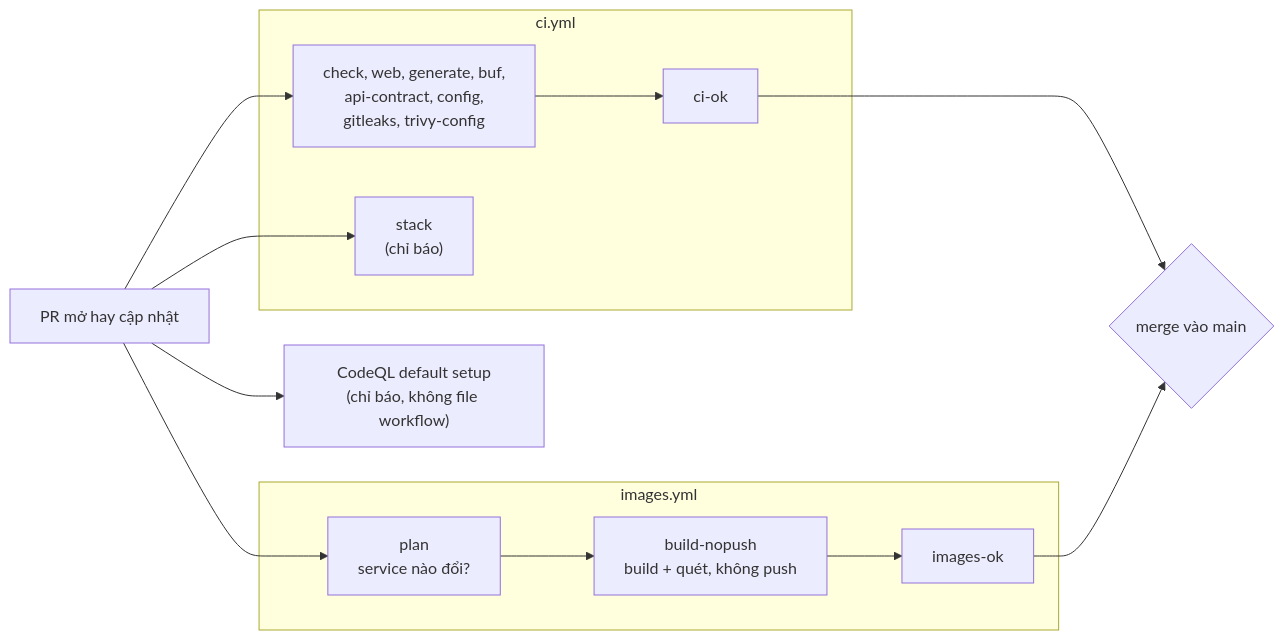
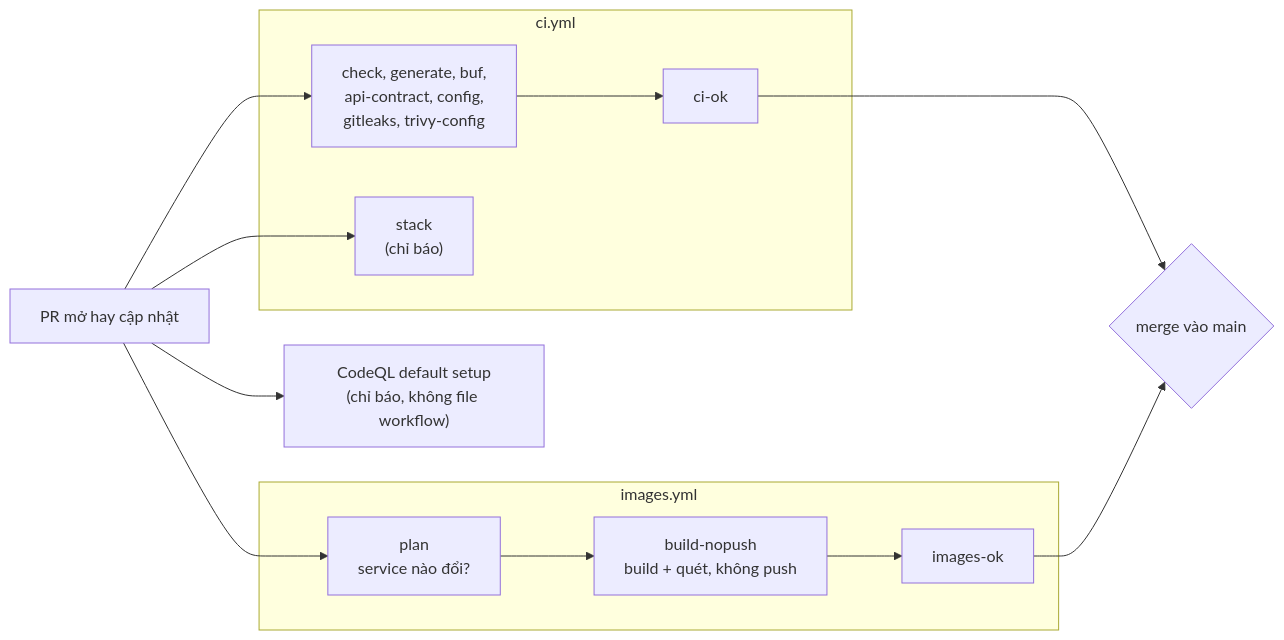
Before and after one commit to anhnvcoder/short-video-platform: the first of 5 diagrams in docs/ci-cd.md, drawn with Mermaid. The commit also changed other lines of this file and 21 other files, not shown here.

````diff
--- a/docs/ci-cd.md
+++ b/docs/ci-cd.md
@@ -34,20 +34,20 @@
 ```mermaid
 flowchart LR
     pr["PR mở hay cập nhật"]
     subgraph ci["ci.yml"]
-        jobs["check, web, generate, buf,<br/>api-contract, config,<br/>gitleaks, trivy-config"]
+        jobs["check, generate, buf,<br/>api-contract, config,<br/>gitleaks, trivy-config"]
         ciok["ci-ok"]
         stack["stack<br/>(chỉ báo)"]
     end
     codeql["CodeQL default setup<br/>(chỉ báo, không file workflow)"]
     subgraph img["images.yml"]
         plan["plan<br/>service nào đổi?"]
         nopush["build-nopush<br/>build + quét, không push"]
         imgok["images-ok"]
     end
     merge{"merge vào main"}
     pr --> jobs --> ciok --> merge
     pr --> stack
     pr --> codeql
     pr --> plan --> nopush --> imgok --> merge
 ```
````
